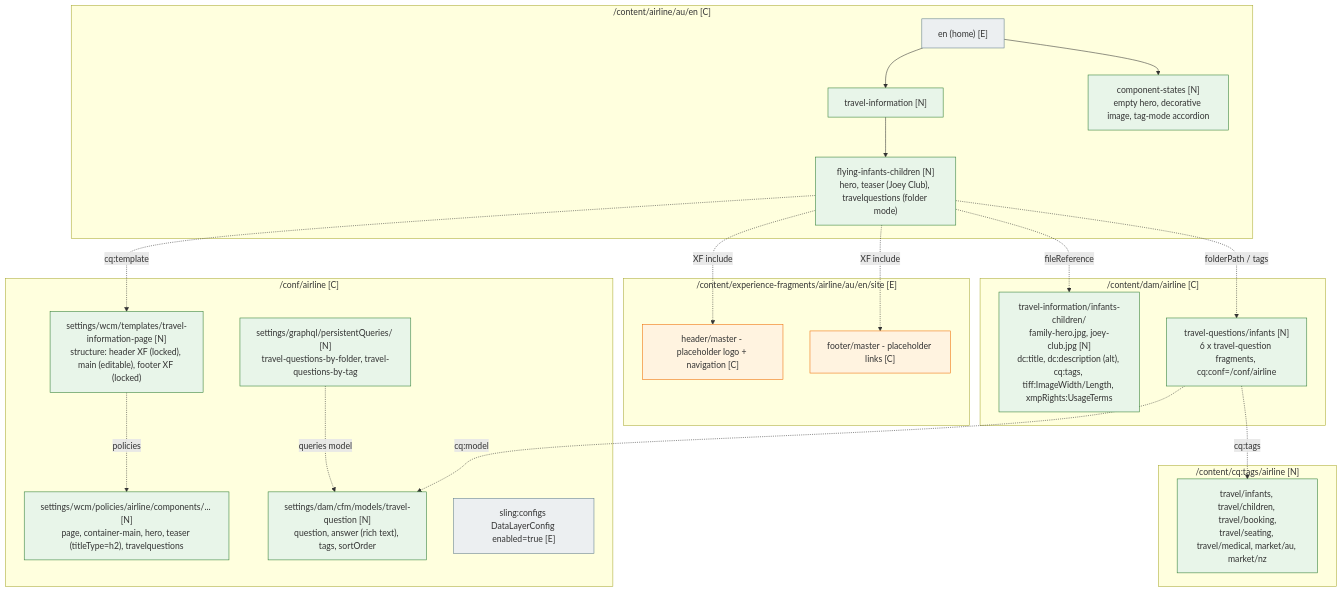
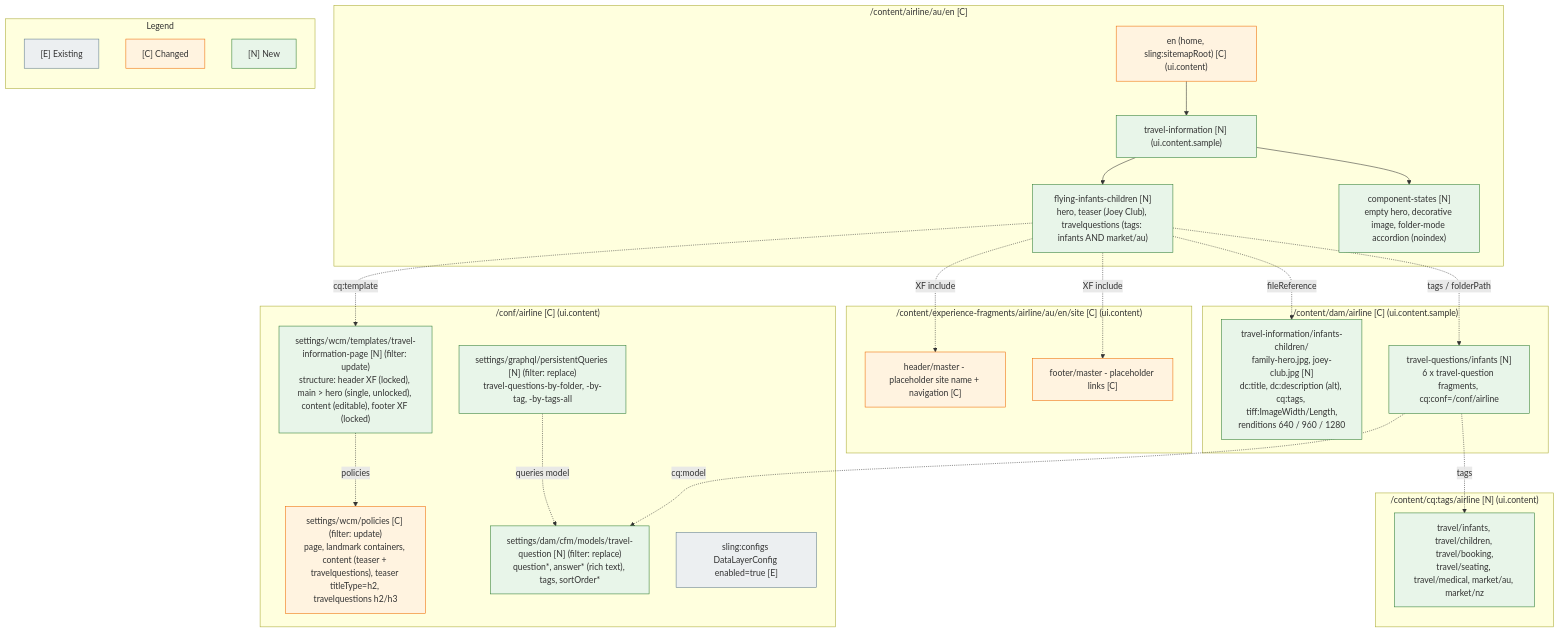
The diagram in docs/diagrams/content-structure.mmd (herculiank2-prime/airline-infants-children), drawn with Mermaid before and after one commit. The commit also changed 35 other files, not shown here.

First line of the commit message:
docs: architect review, review resolution and design v1.1

```diff
--- a/docs/diagrams/content-structure.mmd
+++ b/docs/diagrams/content-structure.mmd
@@ -1,44 +1,51 @@
-%% SD-07 JCR content structure (impact: [N] new, [C] changed, [E] existing).
+%% SD-07 JCR content structure. Impact coding: [N] new, [C] changed, [E] existing. Package in brackets.
 flowchart TB
-    subgraph conf["/conf/airline [C]"]
-        tpl["settings/wcm/templates/travel-information-page [N]<br/>structure: header XF (locked), main (editable), footer XF (locked)"]
-        pol["settings/wcm/policies/airline/components/... [N]<br/>page, container-main, hero, teaser (titleType=h2), travelquestions"]
-        cfm["settings/dam/cfm/models/travel-question [N]<br/>question, answer (rich text), tags, sortOrder"]
-        pq["settings/graphql/persistentQueries/ [N]<br/>travel-questions-by-folder, travel-questions-by-tag"]
+    subgraph conf["/conf/airline [C] (ui.content)"]
+        tpl["settings/wcm/templates/travel-information-page [N] (filter: update)<br/>structure: header XF (locked), main > hero (single, unlocked), content (editable), footer XF (locked)"]
+        pol["settings/wcm/policies [C] (filter: update)<br/>page, landmark containers, content (teaser + travelquestions), teaser titleType=h2, travelquestions h2/h3"]
+        cfm["settings/dam/cfm/models/travel-question [N] (filter: replace)<br/>question*, answer* (rich text), tags, sortOrder*"]
+        pq["settings/graphql/persistentQueries [N] (filter: replace)<br/>travel-questions-by-folder, -by-tag, -by-tags-all"]
         ca["sling:configs DataLayerConfig enabled=true [E]"]
     end
     subgraph content["/content/airline/au/en [C]"]
-        home["en (home) [E]"]
-        ti["travel-information [N]"]
-        page["flying-infants-children [N]<br/>hero, teaser (Joey Club), travelquestions (folder mode)"]
-        states["component-states [N]<br/>empty hero, decorative image, tag-mode accordion"]
+        home["en (home, sling:sitemapRoot) [C] (ui.content)"]
+        ti["travel-information [N] (ui.content.sample)"]
+        page["flying-infants-children [N]<br/>hero, teaser (Joey Club), travelquestions (tags: infants AND market/au)"]
+        states["component-states [N]<br/>empty hero, decorative image, folder-mode accordion (noindex)"]
     end
-    subgraph xf["/content/experience-fragments/airline/au/en/site [E]"]
-        hdr["header/master - placeholder logo + navigation [C]"]
+    subgraph xf["/content/experience-fragments/airline/au/en/site [C] (ui.content)"]
+        hdr["header/master - placeholder site name + navigation [C]"]
         ftr["footer/master - placeholder links [C]"]
     end
-    subgraph dam["/content/dam/airline [C]"]
-        img["travel-information/infants-children/<br/>family-hero.jpg, joey-club.jpg [N]<br/>dc:title, dc:description (alt), cq:tags, tiff:ImageWidth/Length, xmpRights:UsageTerms"]
+    subgraph dam["/content/dam/airline [C] (ui.content.sample)"]
+        img["travel-information/infants-children/<br/>family-hero.jpg, joey-club.jpg [N]<br/>dc:title, dc:description (alt), cq:tags, tiff:ImageWidth/Length,<br/>renditions 640 / 960 / 1280"]
         tq["travel-questions/infants [N]<br/>6 x travel-question fragments, cq:conf=/conf/airline"]
     end
-    subgraph tags["/content/cq:tags/airline [N]"]
+    subgraph tags["/content/cq:tags/airline [N] (ui.content)"]
         t1["travel/infants, travel/children, travel/booking,<br/>travel/seating, travel/medical, market/au, market/nz"]
     end
     home --> ti --> page
-    home --> states
+    ti --> states
     page -. cq:template .-> tpl
     tpl -. policies .-> pol
     page -. XF include .-> hdr
     page -. XF include .-> ftr
     page -. fileReference .-> img
-    page -. folderPath / tags .-> tq
+    page -. tags / folderPath .-> tq
     tq -. cq:model .-> cfm
-    tq -. cq:tags .-> t1
+    tq -. tags .-> t1
     pq -. queries model .-> cfm
+
+    subgraph legend["Legend"]
+        direction TB
+        lE["[E] Existing"]:::existing
+        lC["[C] Changed"]:::changed
+        lN["[N] New"]:::new
+    end
 
     classDef existing fill:#eceff1,stroke:#607d8b
     classDef changed fill:#fff3e0,stroke:#ef6c00
     classDef new fill:#e8f5e9,stroke:#2e7d32
-    class home,ca existing
-    class hdr,ftr changed
-    class tpl,pol,cfm,pq,ti,page,states,img,tq,t1 new
+    class ca existing
+    class home,hdr,ftr,pol changed
+    class tpl,cfm,pq,ti,page,states,img,tq,t1 new
```
